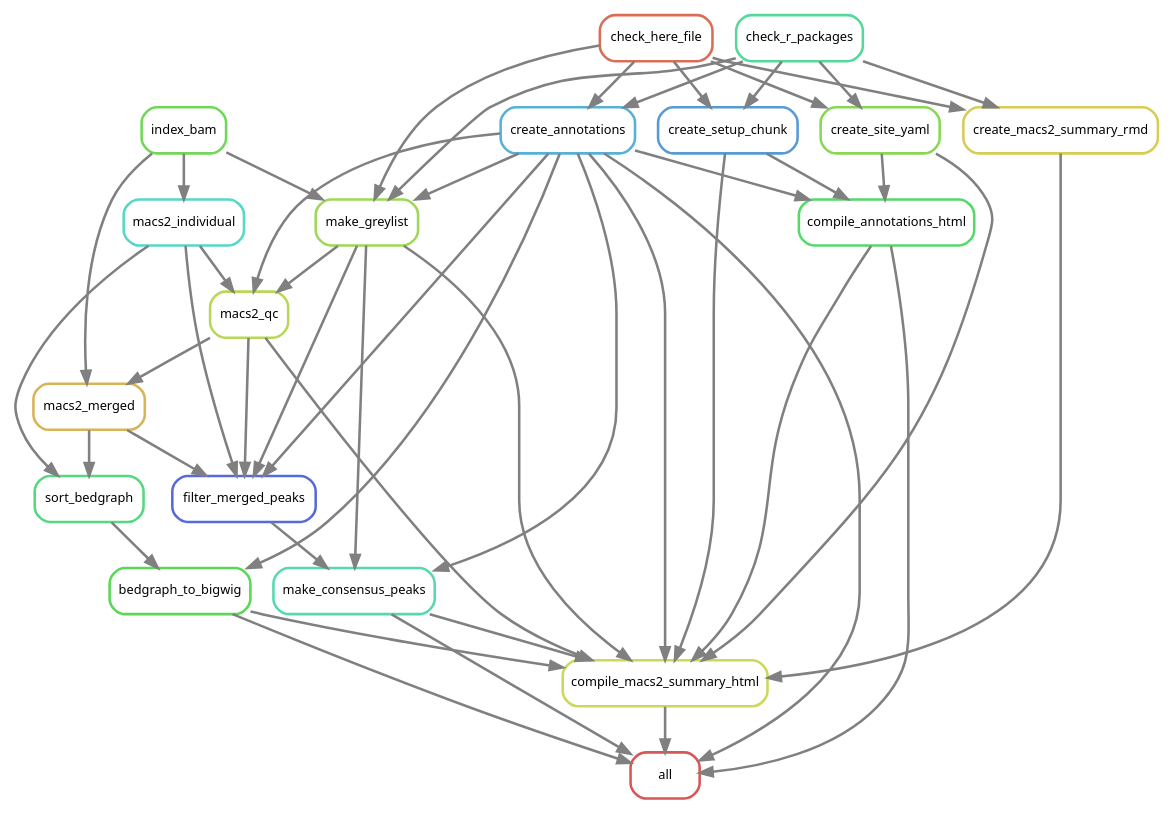
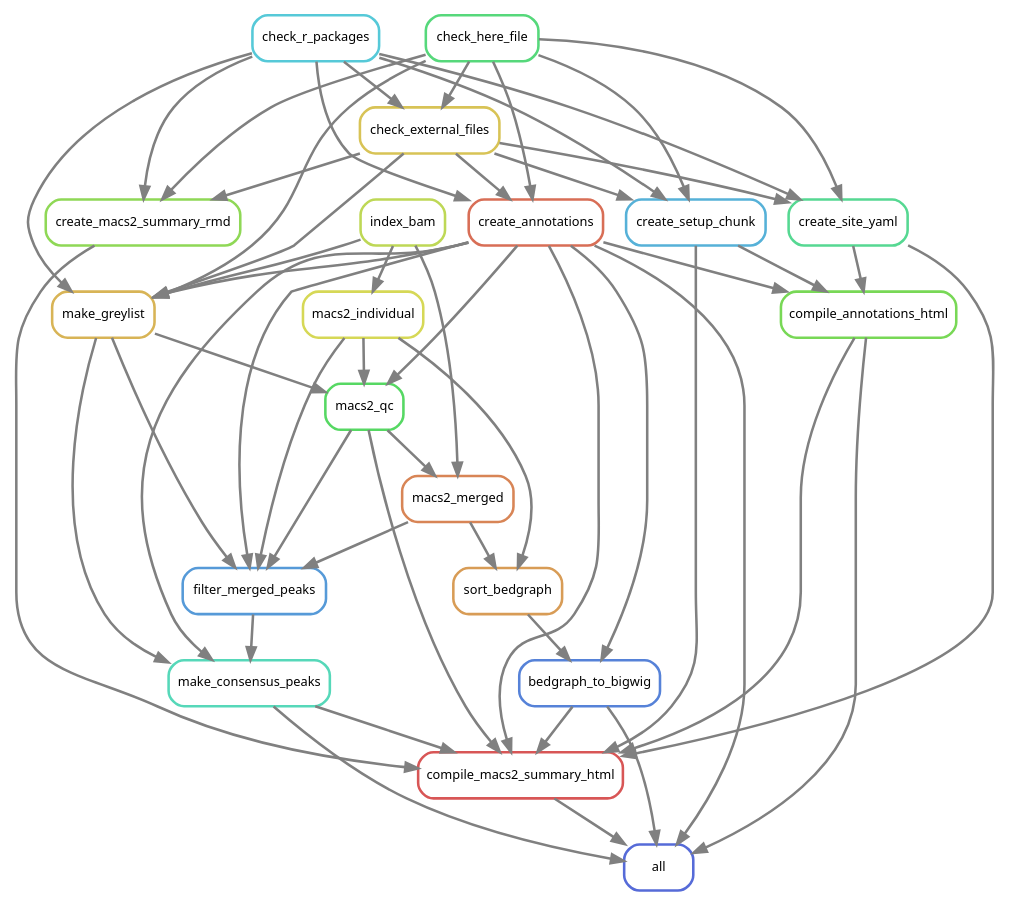
The diagram in workflow/rules/rulegraph.dot (smped/GRAVI), drawn with Graphviz before and after one commit. The commit also changed 2 other files, not shown here.

```diff
--- a/workflow/rules/rulegraph.dot
+++ b/workflow/rules/rulegraph.dot
@@ -1,70 +1,77 @@
 digraph snakemake_dag {
     graph[bgcolor=white, margin=0];
     node[shape=box, style=rounded, fontname=sans,                 fontsize=10, penwidth=2];
     edge[penwidth=2, color=grey];
-	0[label = "all", color = "0.00 0.6 0.85", style="rounded"];
-	1[label = "compile_annotations_html", color = "0.36 0.6 0.85", style="rounded"];
-	2[label = "create_annotations", color = "0.55 0.6 0.85", style="rounded"];
-	3[label = "check_here_file", color = "0.03 0.6 0.85", style="rounded"];
-	4[label = "check_r_packages", color = "0.42 0.6 0.85", style="rounded"];
-	5[label = "create_setup_chunk", color = "0.58 0.6 0.85", style="rounded"];
-	6[label = "create_site_yaml", color = "0.27 0.6 0.85", style="rounded"];
-	7[label = "compile_macs2_summary_html", color = "0.18 0.6 0.85", style="rounded"];
-	8[label = "bedgraph_to_bigwig", color = "0.33 0.6 0.85", style="rounded"];
-	9[label = "sort_bedgraph", color = "0.39 0.6 0.85", style="rounded"];
-	10[label = "macs2_merged", color = "0.12 0.6 0.85", style="rounded"];
-	11[label = "index_bam", color = "0.30 0.6 0.85", style="rounded"];
-	12[label = "macs2_qc", color = "0.21 0.6 0.85", style="rounded"];
-	13[label = "make_greylist", color = "0.24 0.6 0.85", style="rounded"];
-	14[label = "macs2_individual", color = "0.48 0.6 0.85", style="rounded"];
-	15[label = "make_consensus_peaks", color = "0.45 0.6 0.85", style="rounded"];
-	16[label = "filter_merged_peaks", color = "0.64 0.6 0.85", style="rounded"];
-	17[label = "create_macs2_summary_rmd", color = "0.15 0.6 0.85", style="rounded"];
-	7 -> 0
-	15 -> 0
+	0[label = "all", color = "0.64 0.6 0.85", style="rounded"];
+	1[label = "compile_annotations_html", color = "0.29 0.6 0.85", style="rounded"];
+	2[label = "create_annotations", color = "0.03 0.6 0.85", style="rounded"];
+	3[label = "check_here_file", color = "0.38 0.6 0.85", style="rounded"];
+	4[label = "check_r_packages", color = "0.52 0.6 0.85", style="rounded"];
+	5[label = "check_external_files", color = "0.14 0.6 0.85", style="rounded"];
+	6[label = "create_setup_chunk", color = "0.55 0.6 0.85", style="rounded"];
+	7[label = "create_site_yaml", color = "0.41 0.6 0.85", style="rounded"];
+	8[label = "compile_macs2_summary_html", color = "0.00 0.6 0.85", style="rounded"];
+	9[label = "bedgraph_to_bigwig", color = "0.61 0.6 0.85", style="rounded"];
+	10[label = "sort_bedgraph", color = "0.09 0.6 0.85", style="rounded"];
+	11[label = "macs2_merged", color = "0.06 0.6 0.85", style="rounded"];
+	12[label = "index_bam", color = "0.20 0.6 0.85", style="rounded"];
+	13[label = "macs2_qc", color = "0.35 0.6 0.85", style="rounded"];
+	14[label = "make_greylist", color = "0.12 0.6 0.85", style="rounded"];
+	15[label = "macs2_individual", color = "0.17 0.6 0.85", style="rounded"];
+	16[label = "make_consensus_peaks", color = "0.46 0.6 0.85", style="rounded"];
+	17[label = "filter_merged_peaks", color = "0.58 0.6 0.85", style="rounded"];
+	18[label = "create_macs2_summary_rmd", color = "0.26 0.6 0.85", style="rounded"];
 	8 -> 0
+	16 -> 0
+	9 -> 0
+	2 -> 0
 	1 -> 0
-	2 -> 0
 	6 -> 1
+	7 -> 1
 	2 -> 1
-	5 -> 1
+	5 -> 2
 	4 -> 2
 	3 -> 2
+	3 -> 5
 	4 -> 5
-	3 -> 5
+	5 -> 6
 	4 -> 6
 	3 -> 6
-	17 -> 7
-	12 -> 7
 	5 -> 7
-	15 -> 7
-	8 -> 7
-	13 -> 7
-	6 -> 7
-	1 -> 7
-	2 -> 7
+	4 -> 7
+	3 -> 7
+	6 -> 8
+	13 -> 8
+	18 -> 8
+	7 -> 8
+	16 -> 8
 	9 -> 8
 	2 -> 8
-	14 -> 9
+	1 -> 8
 	10 -> 9
-	12 -> 10
+	2 -> 9
+	15 -> 10
 	11 -> 10
-	13 -> 12
-	14 -> 12
-	2 -> 12
-	11 -> 13
-	4 -> 13
+	13 -> 11
+	12 -> 11
+	15 -> 13
+	14 -> 13
 	2 -> 13
-	3 -> 13
-	11 -> 14
-	2 -> 15
-	13 -> 15
-	16 -> 15
-	12 -> 16
-	13 -> 16
-	10 -> 16
+	12 -> 14
+	4 -> 14
+	3 -> 14
+	2 -> 14
+	5 -> 14
+	12 -> 15
 	14 -> 16
+	17 -> 16
 	2 -> 16
-	4 -> 17
-	3 -> 17
+	15 -> 17
+	13 -> 17
+	2 -> 17
+	11 -> 17
+	14 -> 17
+	5 -> 18
+	4 -> 18
+	3 -> 18
 }            
```
